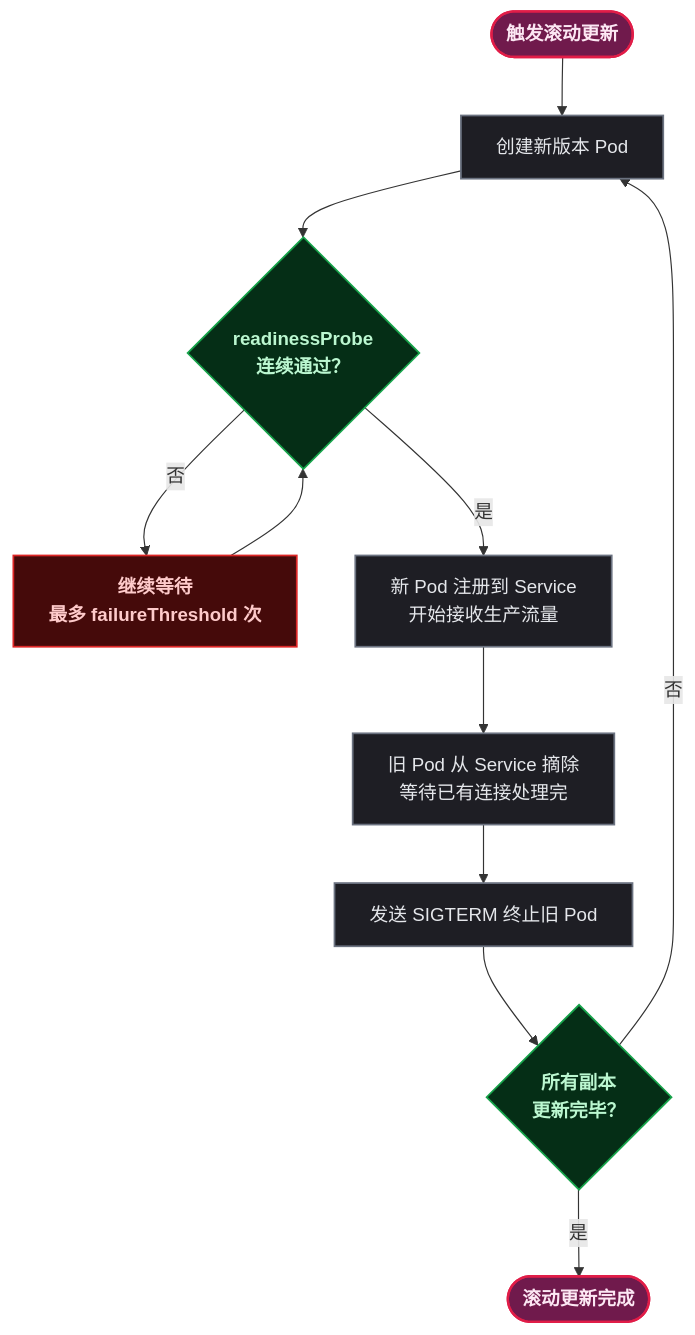
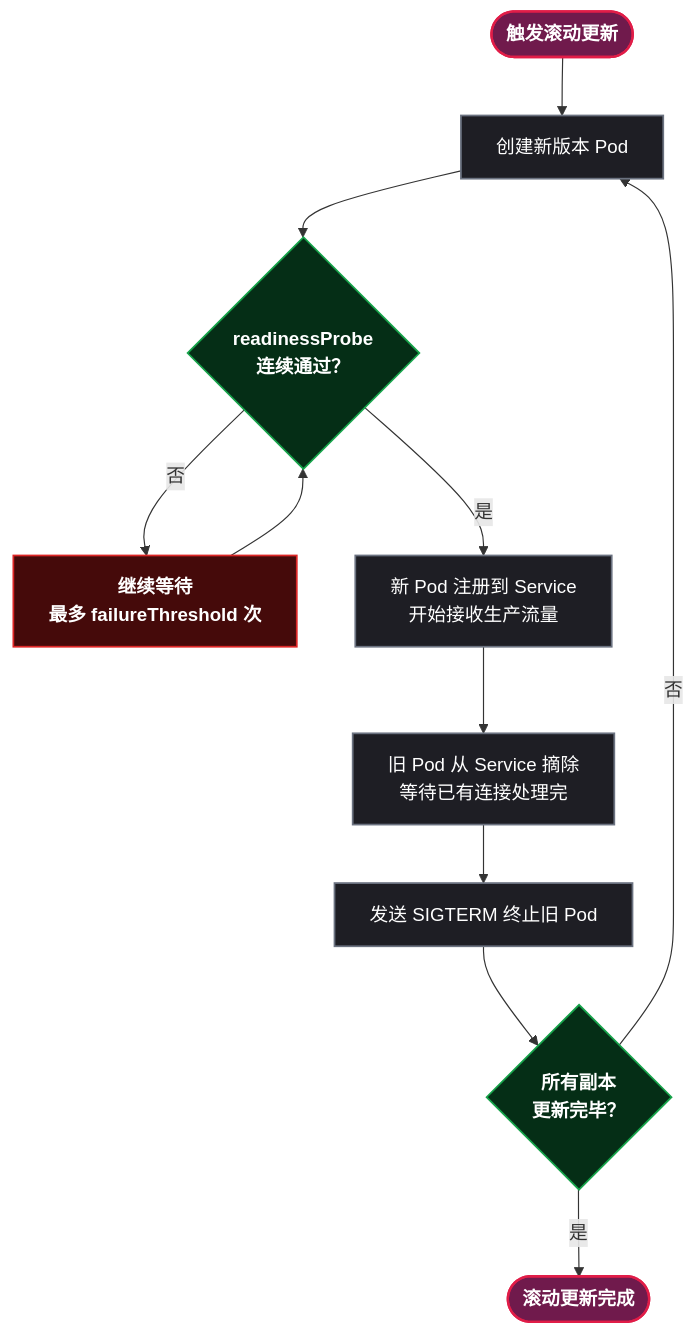
The seventh of 12 diagrams in content/posts/kubernetes/KindWslMigration.md (yaocat55/yaocat55.github.io), drawn with Mermaid before and after one commit. The commit also changed other lines of this file and 27 other files, not shown here.

Commit message:
docs: 全系列 93 张 Mermaid 图 classDef 改为 style 强制深底白字(修复部分渲染器白底浅字)+历史文件格式清理

````diff
--- a/content/posts/kubernetes/KindWslMigration.md
+++ b/content/posts/kubernetes/KindWslMigration.md
@@ -863,26 +877,26 @@
 ```mermaid
 flowchart TD
     %% ==========================================
     %% 样式定义
     %% ==========================================
-classDef startEnd fill:#701a4c,stroke:#e11d48,stroke-width:2px,color:#fce7f3,font-weight:bold;
-classDef ok fill:#052e16,stroke:#16a34a,stroke-width:1.5px,color:#bbf7d0,font-weight:bold;
-classDef fail fill:#450a0a,stroke:#dc2626,stroke-width:1.5px,color:#fecaca,font-weight:bold;
-classDef process fill:#1e1e24,stroke:#6b7280,stroke-width:1.5px,color:#e5e7eb;
 
     START([触发滚动更新]) --> NEW_POD["创建新版本 Pod"]
     NEW_POD --> PROBE{"readinessProbe\n连续通过？"}
     PROBE -->|否| RETRY["继续等待\n最多 failureThreshold 次"]
     RETRY --> PROBE
     PROBE -->|是| ADD_SVC["新 Pod 注册到 Service\n开始接收生产流量"]
     ADD_SVC --> DRAIN["旧 Pod 从 Service 摘除\n等待已有连接处理完"]
     DRAIN --> TERM["发送 SIGTERM 终止旧 Pod"]
     TERM --> NEXT{"所有副本\n更新完毕？"}
     NEXT -->|否| NEW_POD
     NEXT -->|是| DONE([滚动更新完成])
-
-    class START,DONE startEnd;
-    class PROBE,NEXT ok;
-    class RETRY fail;
-    class NEW_POD,ADD_SVC,DRAIN,TERM process;
+    style START fill:#701a4c,stroke:#e11d48,stroke-width:2px,color:#ffffff,font-weight:bold
+    style DONE fill:#701a4c,stroke:#e11d48,stroke-width:2px,color:#ffffff,font-weight:bold
+    style PROBE fill:#052e16,stroke:#16a34a,stroke-width:1.5px,color:#ffffff,font-weight:bold
+    style NEXT fill:#052e16,stroke:#16a34a,stroke-width:1.5px,color:#ffffff,font-weight:bold
+    style RETRY fill:#450a0a,stroke:#dc2626,stroke-width:1.5px,color:#ffffff,font-weight:bold
+    style NEW_POD fill:#1e1e24,stroke:#6b7280,stroke-width:1.5px,color:#ffffff
+    style ADD_SVC fill:#1e1e24,stroke:#6b7280,stroke-width:1.5px,color:#ffffff
+    style DRAIN fill:#1e1e24,stroke:#6b7280,stroke-width:1.5px,color:#ffffff
+    style TERM fill:#1e1e24,stroke:#6b7280,stroke-width:1.5px,color:#ffffff
 ```
````
